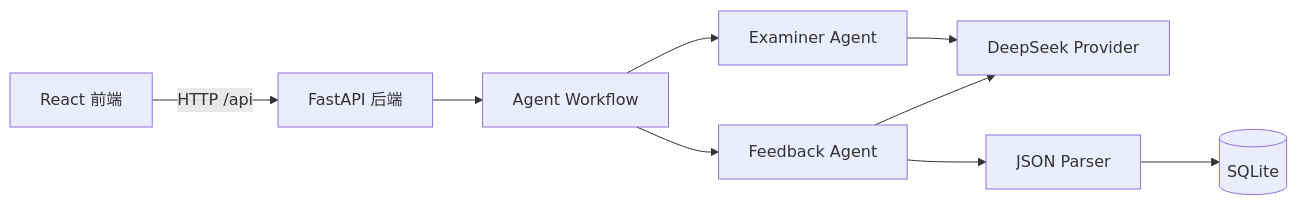
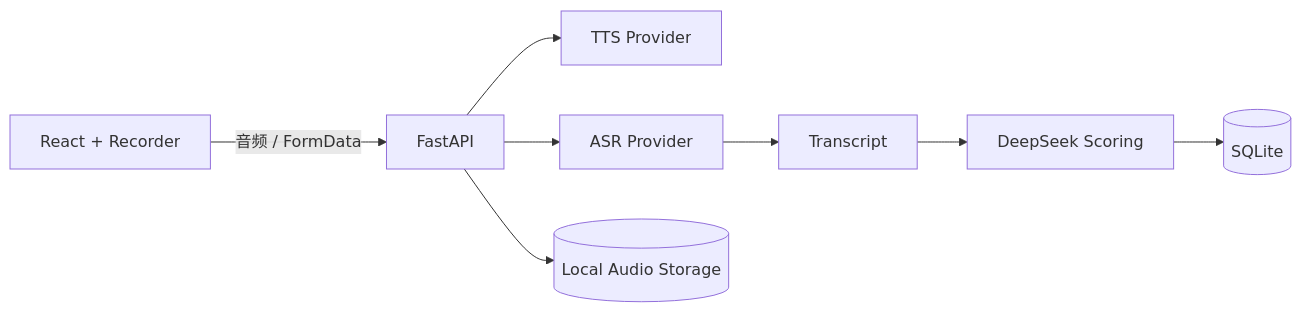
Before and after one commit to yaxinch/ai-speaking-coach: the diagram in README.md, drawn with Mermaid. The commit also changed other lines of this file and 54 other files, not shown here.

````diff
--- a/README.md
+++ b/README.md
@@ -39,11 +61,10 @@
 ```mermaid
 flowchart LR
-  A[React 前端] -->|HTTP /api| B[FastAPI 后端]
-  B --> C[Agent Workflow]
-  C --> D[Examiner Agent]
-  C --> E[Feedback Agent]
-  D --> F[DeepSeek Provider]
-  E --> F
-  E --> G[JSON Parser]
-  G --> H[(SQLite)]
+  A[React + Recorder] -->|音频 / FormData| B[FastAPI]
+  B --> C[TTS Provider]
+  B --> D[ASR Provider]
+  D --> E[Transcript]
+  E --> F[DeepSeek Scoring]
+  F --> G[(SQLite)]
+  B --> H[(Local Audio Storage)]
 ```
````
